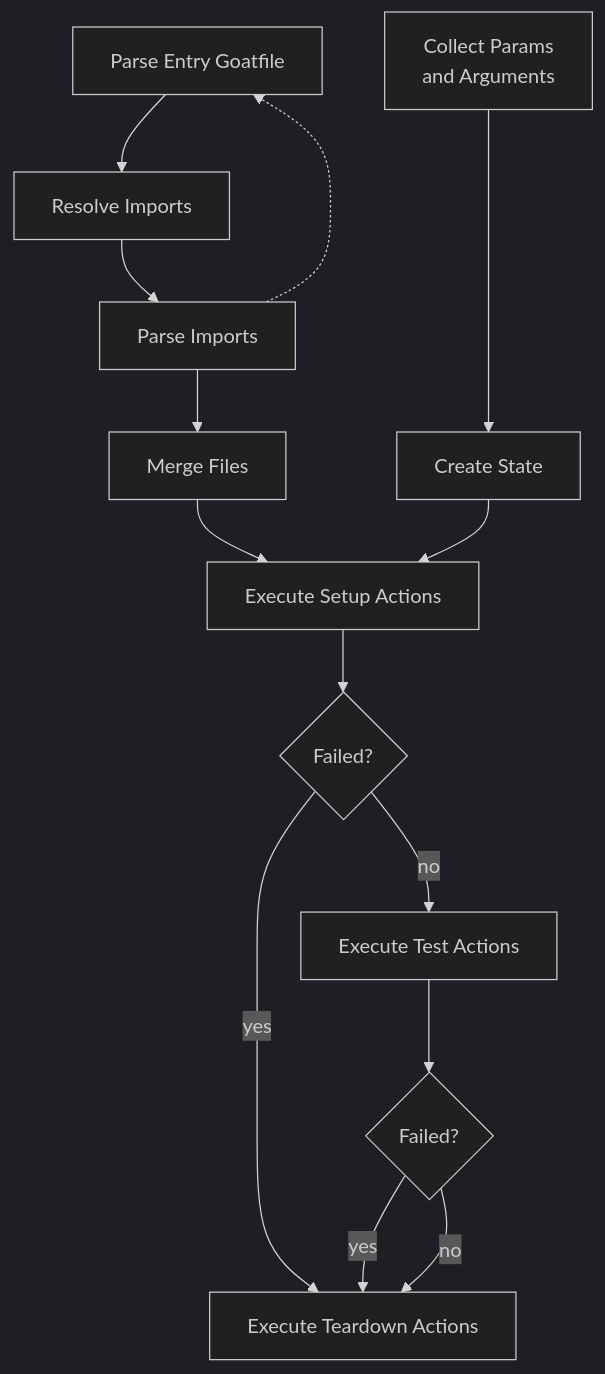
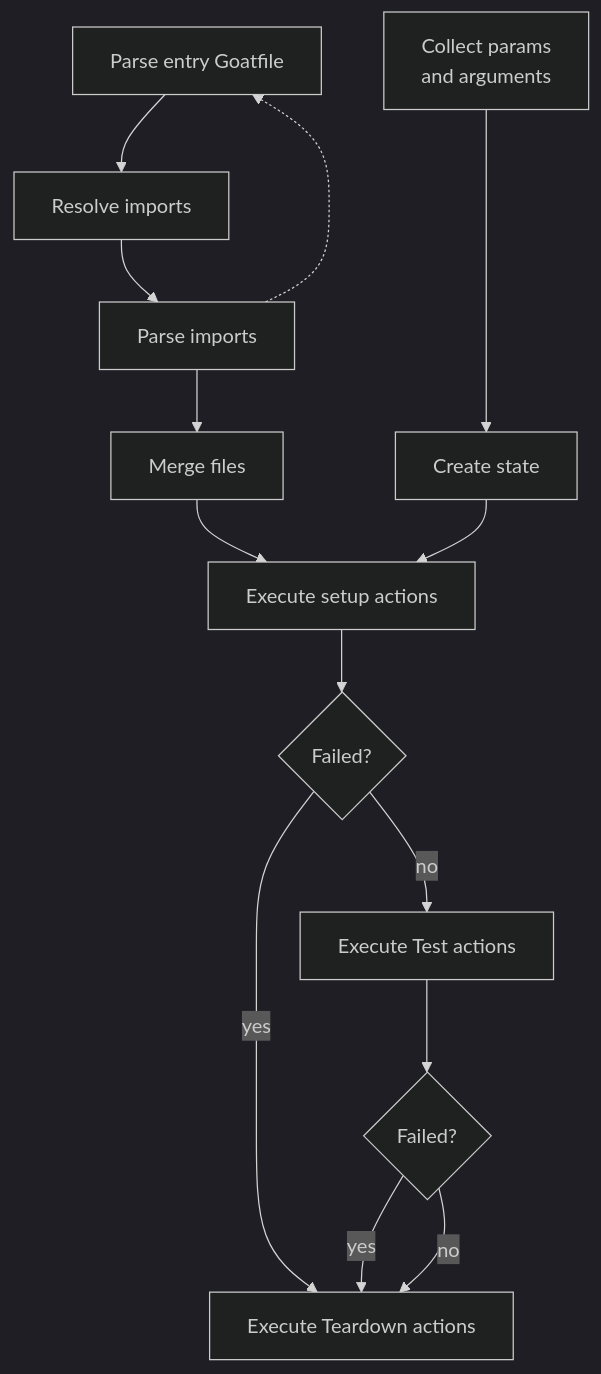
The first of 2 diagrams in docs/book/src/explanations/lifecycle.md (studio-b12/goat), drawn with Mermaid before and after one commit. The commit also changed other lines of this file and 25 other files, not shown here.

````diff
--- a/docs/book/src/explanations/lifecycle.md
+++ b/docs/book/src/explanations/lifecycle.md
@@ -21,31 +21,31 @@
 ```mermaid
 %%{init: {'theme':'dark'}}%%
 flowchart TD
-  collect_args[Collect Params\nand Arguments]
-  entry[Parse Entry Goatfile]
-  resolve_imports[Resolve Imports]
-  parse_imports[Parse Imports]
-  merge_files[Merge Files]
-  create_state[Create State]
-  setup_actions[Execute Setup Actions]
+  collect_args[Collect params\nand arguments]
+  entry[Parse entry Goatfile]
+  resolve_imports[Resolve imports]
+  parse_imports[Parse imports]
+  merge_files[Merge files]
+  create_state[Create state]
+  setup_actions[Execute setup actions]
   setup_failed{Failed?}
-  teardown_actions[Execute Teardown Actions]
-  test_actions[Execute Test Actions]
+  teardown_actions[Execute Teardown actions]
+  test_actions[Execute Test actions]
   test_failed{Failed?}
 
   entry
     --> resolve_imports
     --> parse_imports -.-> entry
   
   parse_imports
     --> merge_files
     --> setup_actions
 
   collect_args 
     ----> create_state
     --> setup_actions
     --> setup_failed -- yes --> teardown_actions
         setup_failed -- no --> test_actions
           --> test_failed -- yes --> teardown_actions
               test_failed -- no --> teardown_actions
 ```
````
